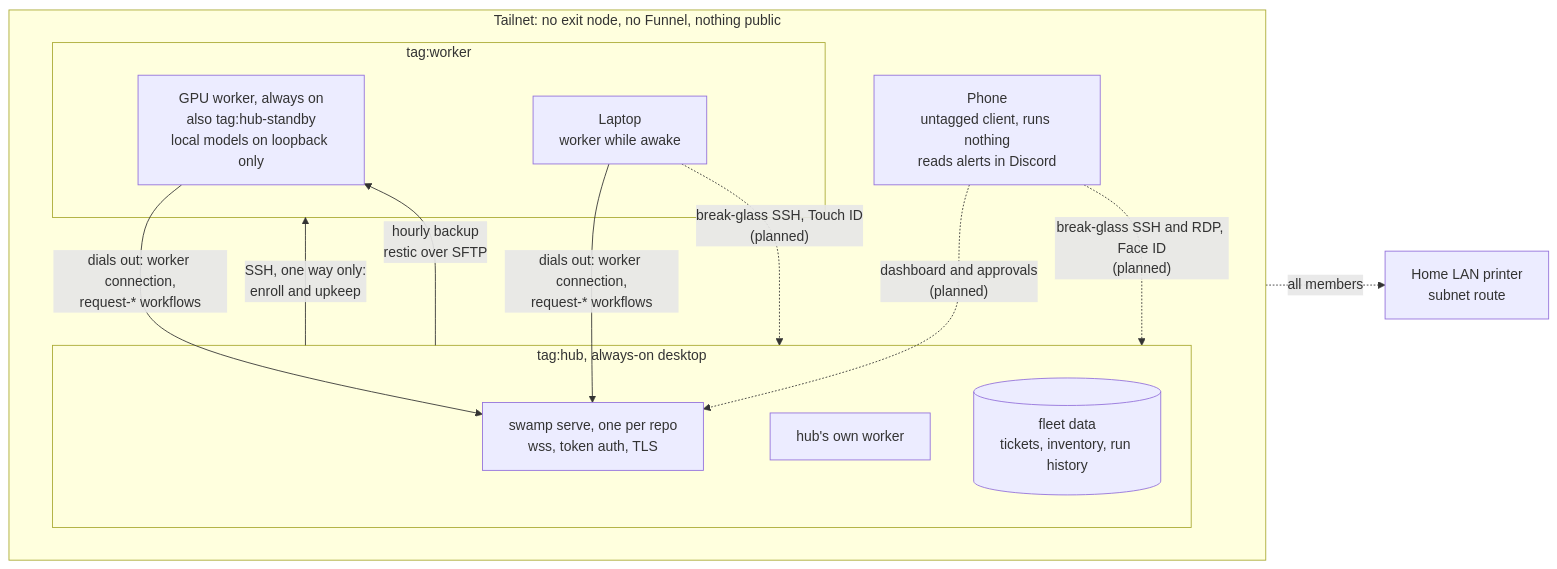
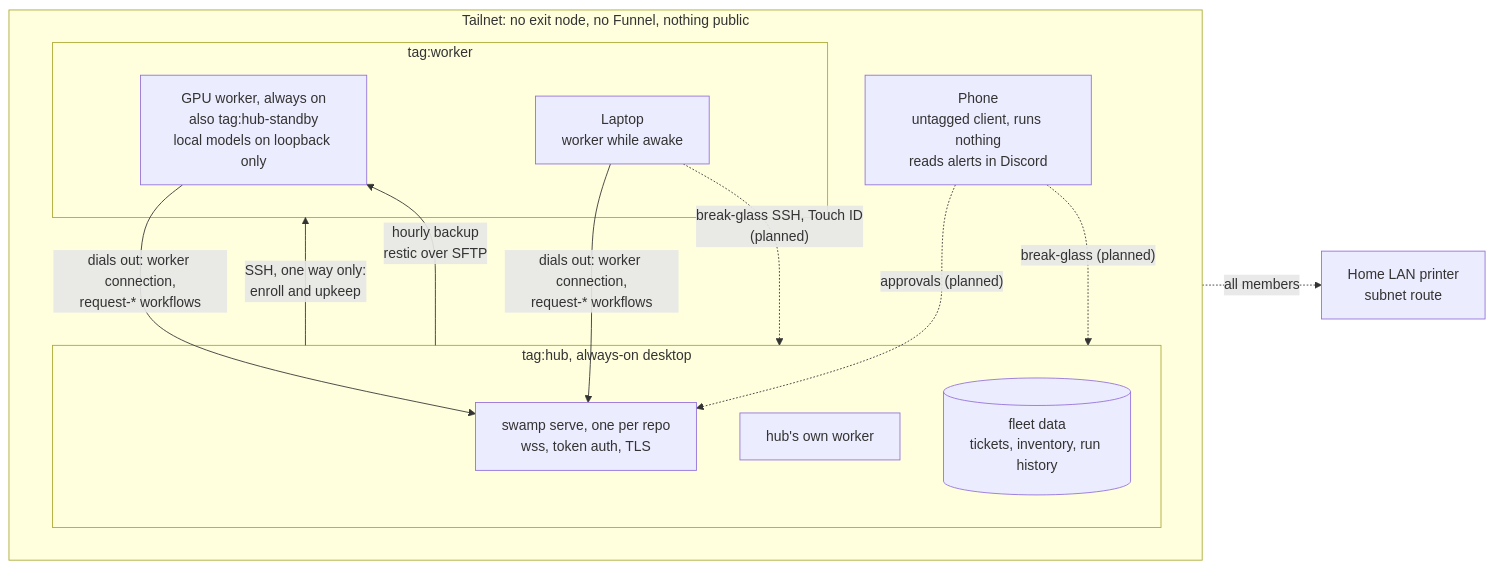
The diagram in content/blog/tailnet.md (kagarmoe/kimberly-garmoe-web), drawn with Mermaid before and after one commit. The commit also changed 3 other files, not shown here.

First line of the commit message:
Blog: style Mermaid diagrams in the site palette, suppress error graphic (devswamp-196, cr-196-1)

````diff
--- a/content/blog/tailnet.md
+++ b/content/blog/tailnet.md
@@ -12,25 +12,25 @@
 ```mermaid
 flowchart LR
   subgraph tailnet["Tailnet: no exit node, no Funnel, nothing public"]
     subgraph hub["tag:hub, always-on desktop"]
       serve["swamp serve, one per repo<br/>wss, token auth, TLS"]
       hubworker["hub's own worker"]
       fleetdata[("fleet data<br/>tickets, inventory, run history")]
     end
     subgraph workers["tag:worker"]
       gpu["GPU worker, always on<br/>also tag:hub-standby<br/>local models on loopback only"]
       laptop["Laptop<br/>worker while awake"]
     end
     phone["Phone<br/>untagged client, runs nothing<br/>reads alerts in Discord"]
   end
   lan["Home LAN printer<br/>subnet route"]
 
   gpu -- "dials out: worker connection,<br/>request-* workflows" --> serve
   laptop -- "dials out: worker connection,<br/>request-* workflows" --> serve
   hub -- "SSH, one way only:<br/>enroll and upkeep" --> workers
   hub -- "hourly backup<br/>restic over SFTP" --> gpu
-  phone -. "dashboard and approvals<br/>(planned)" .-> serve
+  phone -. "approvals (planned)" .-> serve
   tailnet -. "all members" .-> lan
   laptop -. "break-glass SSH, Touch ID<br/>(planned)" .-> hub
-  phone -. "break-glass SSH and RDP, Face ID<br/>(planned)" .-> hub
+  phone -. "break-glass (planned)" .-> hub
 ```
````
